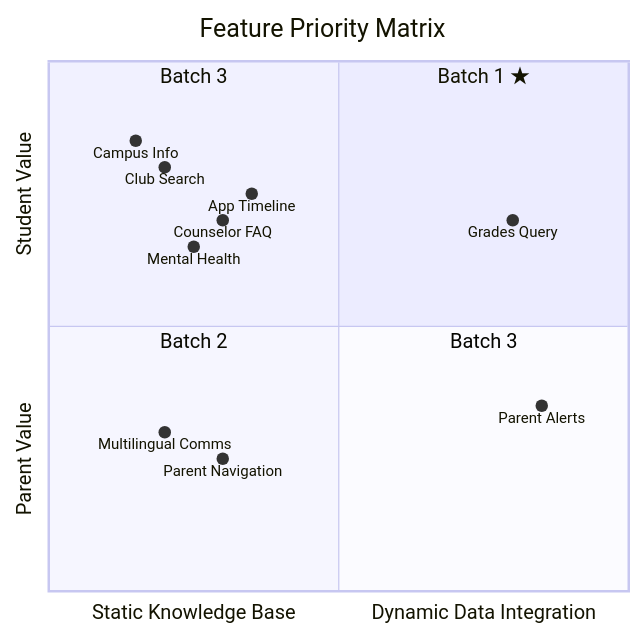
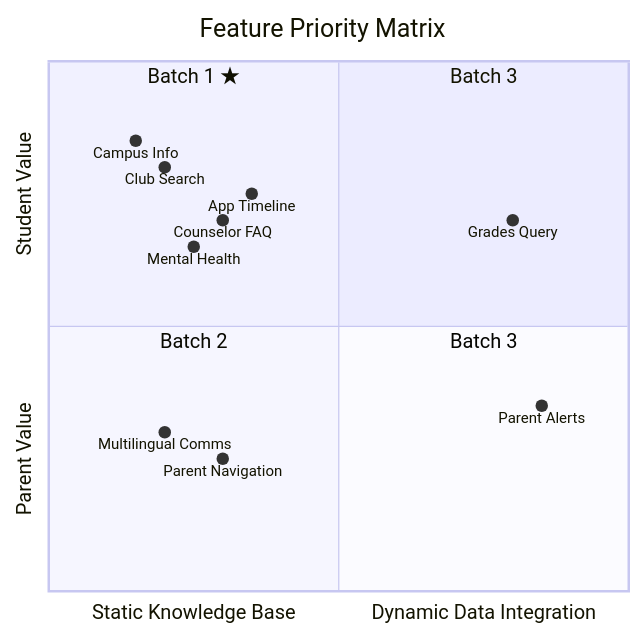
One commit to szkangjian/webb-ai changed the first of 2 diagrams in docs/roadmap.md. Above: the diagram before and after it, drawn with Mermaid. The commit also changed 1 other file, not shown here.

Commit message:
Fix quadrant chart: swap Batch 1 and Batch 3 labels

````diff
--- a/docs/roadmap.md
+++ b/docs/roadmap.md
@@ -13,19 +13,19 @@
 ```mermaid
 quadrantChart
     title Feature Priority Matrix
     x-axis "Static Knowledge Base" --> "Dynamic Data Integration"
     y-axis "Parent Value" --> "Student Value"
-    quadrant-1 "Batch 1 ★"
-    quadrant-2 "Batch 3"
+    quadrant-1 "Batch 3"
+    quadrant-2 "Batch 1 ★"
     quadrant-3 "Batch 2"
     quadrant-4 "Batch 3"
     "Campus Info": [0.15, 0.85]
     "Club Search": [0.20, 0.80]
     "Counselor FAQ": [0.30, 0.70]
     "App Timeline": [0.35, 0.75]
     "Mental Health": [0.25, 0.65]
     "Multilingual Comms": [0.20, 0.30]
     "Parent Navigation": [0.30, 0.25]
     "Grades Query": [0.80, 0.70]
     "Parent Alerts": [0.85, 0.35]
 ```
````
